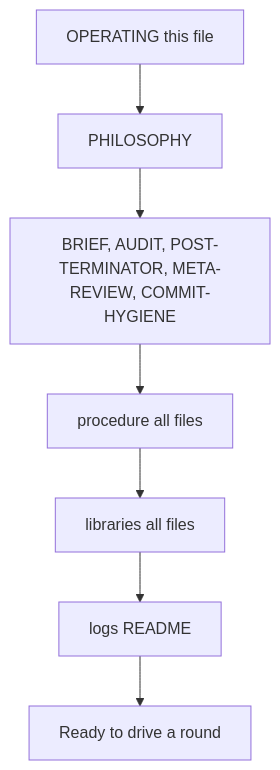
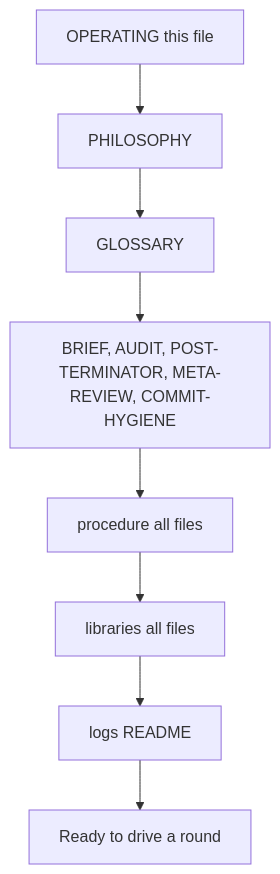
The first of 2 diagrams in OPERATING.md (1qh/lens), drawn with Mermaid before and after one commit. The commit also changed other lines of this file and 2 other files, not shown here.

Commit message:
fill cold-read gaps: bootstrap, project ID, agent tool shape, recovery, glossary

````diff
--- a/OPERATING.md
+++ b/OPERATING.md
@@ -11,9 +11,10 @@
 ```mermaid
 flowchart TD
     Step1[OPERATING this file] --> Step2[PHILOSOPHY]
-    Step2 --> Step3[BRIEF, AUDIT, POST-TERMINATOR, META-REVIEW, COMMIT-HYGIENE]
-    Step3 --> Step4[procedure all files]
-    Step4 --> Step5[libraries all files]
-    Step5 --> Step6[logs README]
-    Step6 --> Ready[Ready to drive a round]
+    Step2 --> Step3[GLOSSARY]
+    Step3 --> Step4[BRIEF, AUDIT, POST-TERMINATOR, META-REVIEW, COMMIT-HYGIENE]
+    Step4 --> Step5[procedure all files]
+    Step5 --> Step6[libraries all files]
+    Step6 --> Step7[logs README]
+    Step7 --> Ready[Ready to drive a round]
 ```
````
